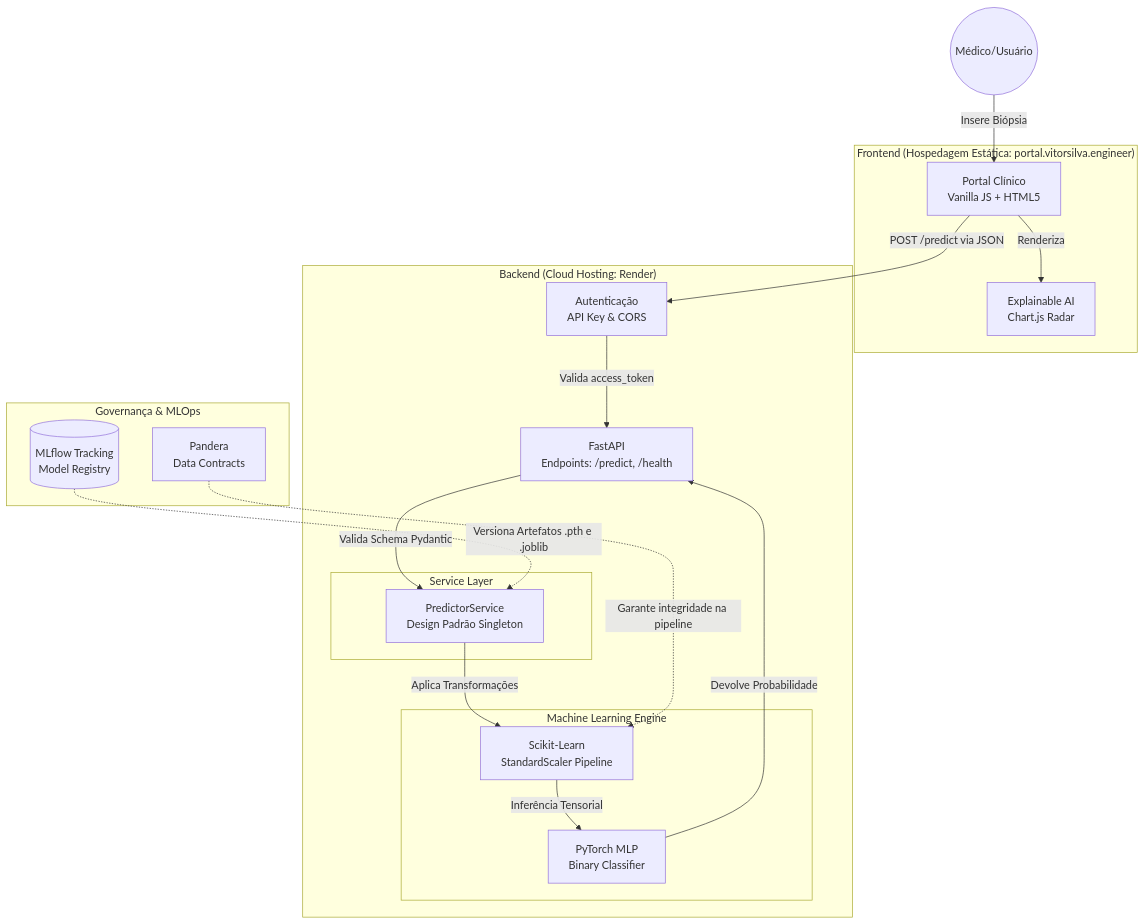
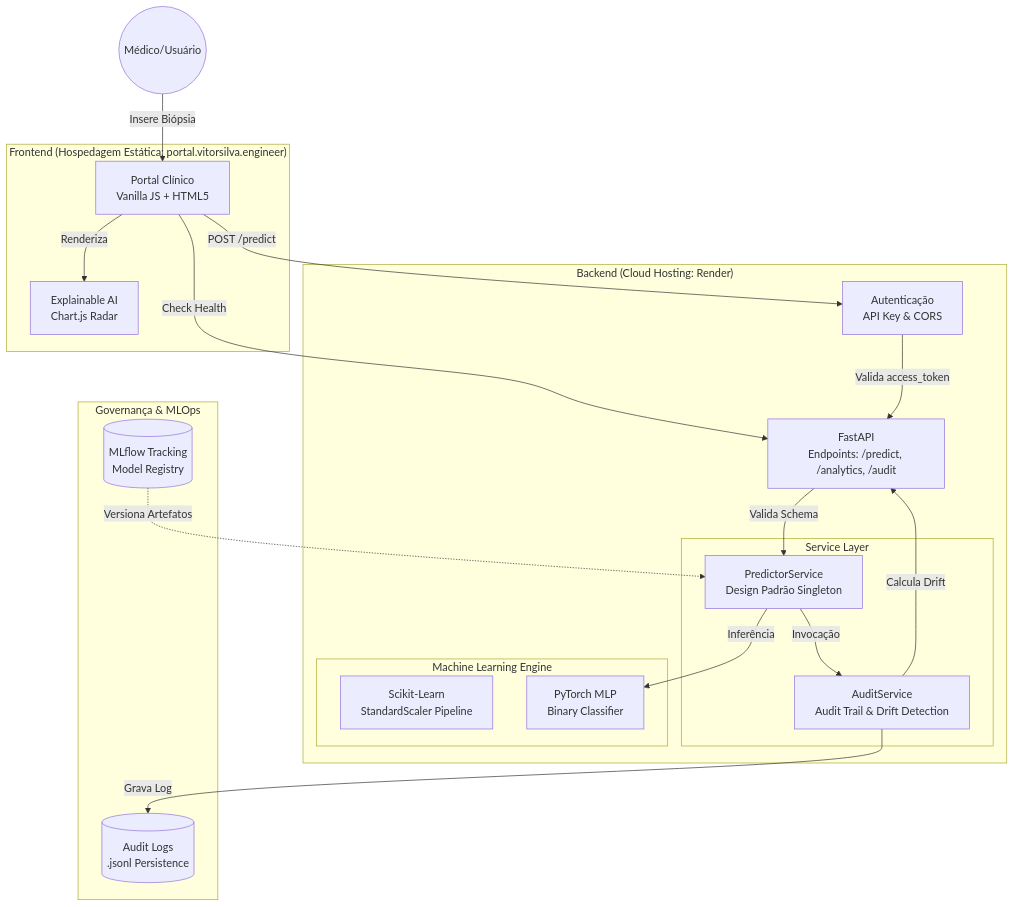
Before and after one commit to vdfs89/Aether_Oncology: the diagram in README.md, drawn with Mermaid. The commit also changed other lines of this file and 8 other files, not shown here.

Commit message:
feat(mlops): Hardening v2.0 - Active Drift Monitoring, Audit Trail, Clinical XAI and Docker Persistence

````diff
--- a/README.md
+++ b/README.md
@@ -89,37 +90,39 @@
 ```mermaid
 graph TD
     subgraph "Frontend (Hospedagem Estática: portal.vitorsilva.engineer)"
         UI[Portal Clínico\nVanilla JS + HTML5]
         XAI[Explainable AI\nChart.js Radar]
     end
 
     subgraph "Backend (Cloud Hosting: Render)"
         Auth[Autenticação\nAPI Key & CORS]
-        API[FastAPI\nEndpoints: /predict, /health]
+        API[FastAPI\nEndpoints: /predict, /analytics, /audit]
         
         subgraph "Service Layer"
             Service[PredictorService\nDesign Padrão Singleton]
+            Audit[AuditService\nAudit Trail & Drift Detection]
         end
         
         subgraph "Machine Learning Engine"
             Pipeline[Scikit-Learn\nStandardScaler Pipeline]
             Model[PyTorch MLP\nBinary Classifier]
         end
     end
 
     subgraph "Governança & MLOps"
         MLflow[(MLflow Tracking\nModel Registry)]
-        Pandera[Pandera\nData Contracts]
+        Logs[(Audit Logs\n.jsonl Persistence)]
     end
 
     Medico((Médico/Usuário)) -->|Insere Biópsia| UI
     UI -->|Renderiza| XAI
-    UI -->|POST /predict via JSON| Auth
+    UI -->|Check Health| API
+    UI -->|POST /predict| Auth
     Auth -->|Valida access_token| API
-    API -->|Valida Schema Pydantic| Service
-    Service -->|Aplica Transformações| Pipeline
-    Pipeline -->|Inferência Tensorial| Model
-    Model -->|Devolve Probabilidade| API
-    MLflow -.->|Versiona Artefatos .pth e .joblib| Service
-    Pandera -.->|Garante integridade na pipeline| Pipeline
+    API -->|Valida Schema| Service
+    Service -->|Invocação| Audit
+    Audit -->|Grava Log| Logs
+    Audit -->|Calcula Drift| API
+    Service -->|Inferência| Model
+    MLflow -.->|Versiona Artefatos| Service
 ```
````
